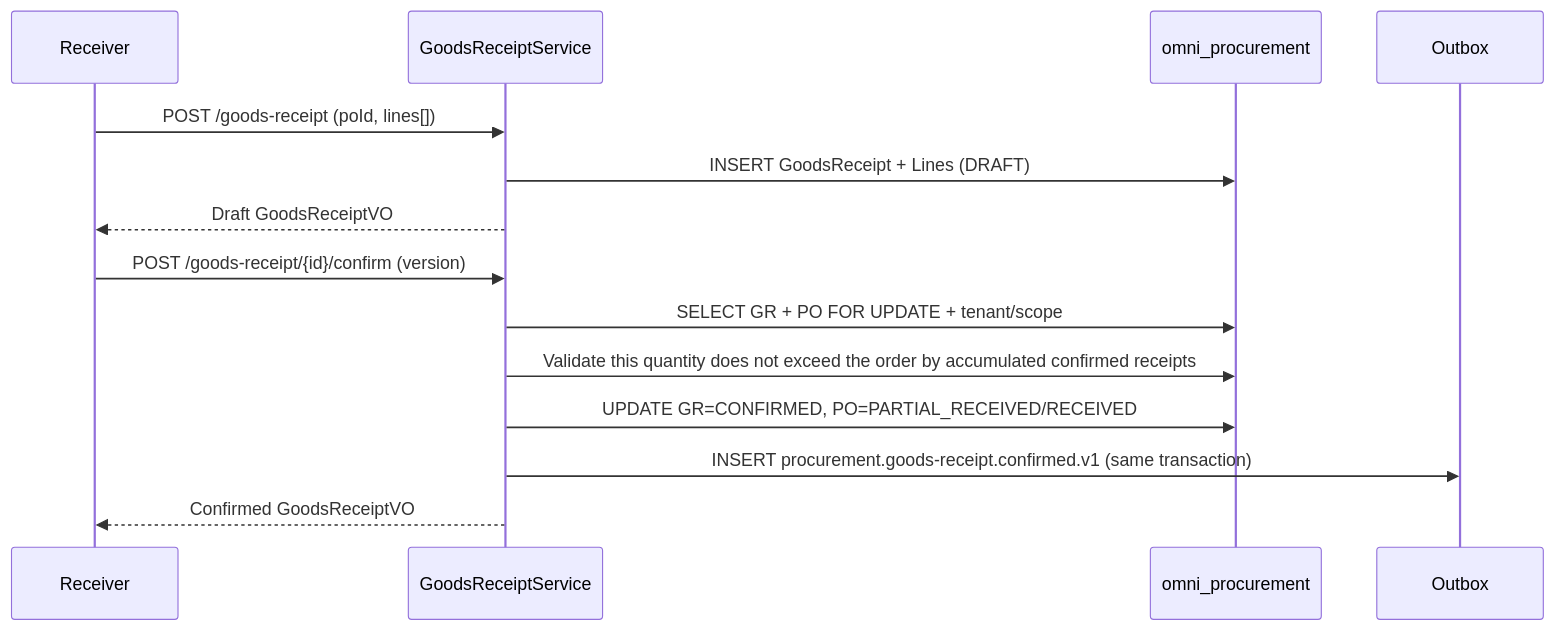
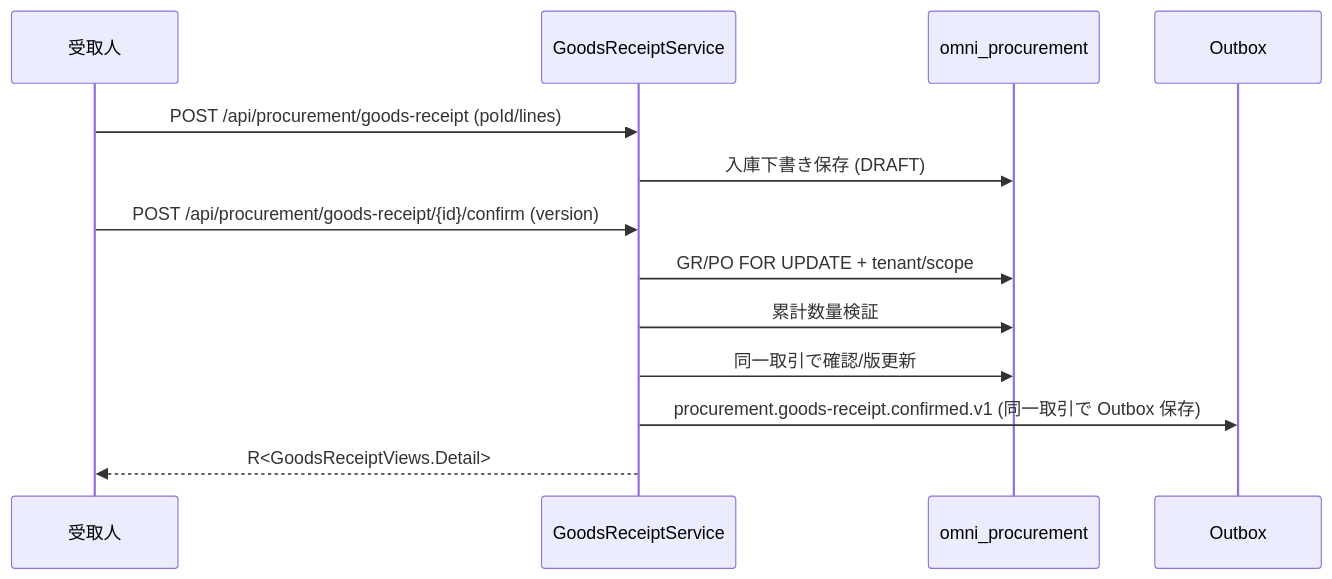
Before and after one commit to wang-baohai/Omni-Stack: the seventh of 7 diagrams in docs/design/procurement-design.jp.md, drawn with Mermaid. The commit also changed other lines of this file and 1095 other files, not shown here.

````diff
--- a/docs/design/procurement-design.jp.md
+++ b/docs/design/procurement-design.jp.md
@@ -334,17 +336,15 @@
 ```mermaid
 sequenceDiagram
-    participant R as Receiver
+    participant R as 受取人
     participant S as GoodsReceiptService
     participant DB as omni_procurement
     participant O as Outbox
-
-    R->>S: POST /goods-receipt (poId, lines[])
-    S->>DB: INSERT GoodsReceipt + Lines (DRAFT)
-    S-->>R: Draft GoodsReceiptVO
-    R->>S: POST /goods-receipt/{id}/confirm (version)
-    S->>DB: SELECT GR + PO FOR UPDATE + tenant/scope
-    S->>DB: Validate this quantity does not exceed the order by accumulated confirmed receipts
-    S->>DB: UPDATE GR=CONFIRMED, PO=PARTIAL_RECEIVED/RECEIVED
-    S->>O: INSERT procurement.goods-receipt.confirmed.v1 (same transaction)
-    S-->>R: Confirmed GoodsReceiptVO
+    R->>S: POST /api/procurement/goods-receipt (poId/lines)
+    S->>DB: 入庫下書き保存 (DRAFT)
+    R->>S: POST /api/procurement/goods-receipt/{id}/confirm (version)
+    S->>DB: GR/PO FOR UPDATE + tenant/scope
+    S->>DB: 累計数量検証
+    S->>DB: 同一取引で確認/版更新
+    S->>O: procurement.goods-receipt.confirmed.v1 (同一取引で Outbox 保存)
+    S-->>R: R<GoodsReceiptViews.Detail>
 ```
````
